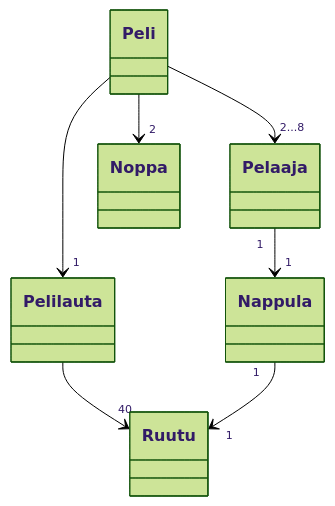
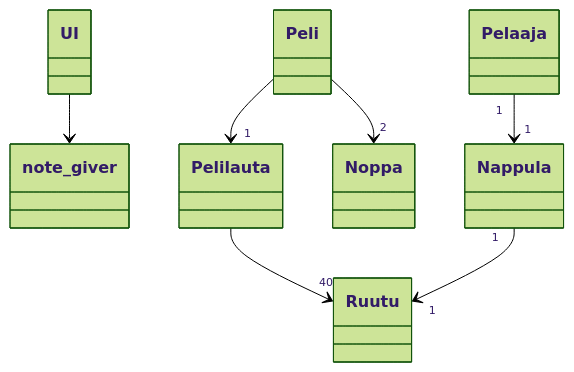
The diagram in dokumentaatio/arkkitehtuuri.md (Aaltonenn/ot-harjoitustyo), drawn with Mermaid (forest theme) before and after one commit. The commit also changed other lines of this file, not shown here.

````diff
--- a/dokumentaatio/arkkitehtuuri.md
+++ b/dokumentaatio/arkkitehtuuri.md
@@ -3,21 +3,21 @@
 ```mermaid
  classDiagram
-      Peli --> "2...8" Pelaaja
+      UI --> note_giver
       Peli --> "1" Pelilauta
       Peli --> "2" Noppa
       Pelaaja "1" --> "1" Nappula
       Pelilauta --> "40" Ruutu
       Nappula "1" --> "1" Ruutu
       
       class Pelaaja{
       }
       class Pelilauta{
       }
       class Peli{
       }
       class Nappula{
       }
       class Ruutu{
       }
       
 ```
````
